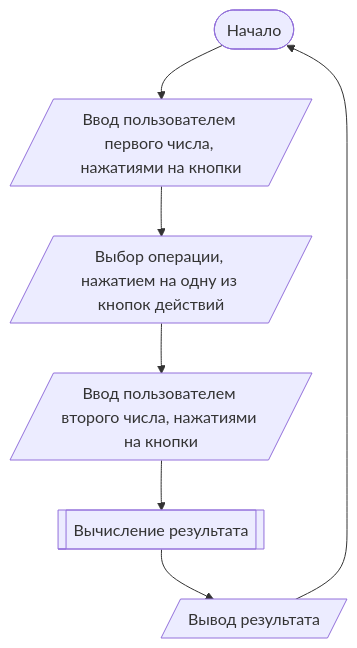
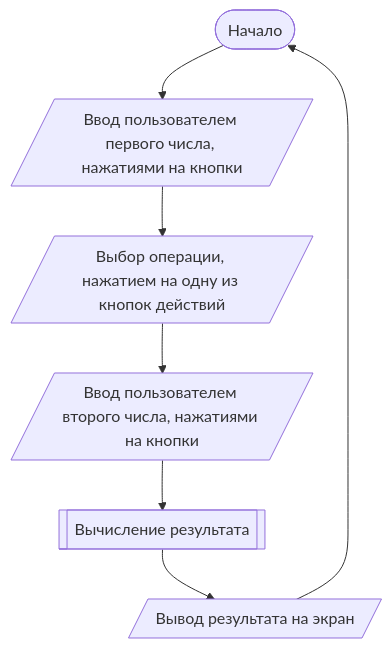
Before and after one commit to KirichenkoND/Application-11-14: the first of 2 diagrams in README.md, drawn with Mermaid.

````diff
--- a/README.md
+++ b/README.md
@@ -14,11 +14,11 @@
 ```mermaid
 flowchart TB
 node1([Начало]) -->
 node2[/Ввод пользователем первого числа, нажатиями на кнопки/] -->
 node3[/Выбор операции, нажатием на одну из кнопок действий/] -->
 node4[/Ввод пользователем второго числа, нажатиями на кнопки/] -->
 node5[[Вычисление результата]] -->
-node6[/Вывод результата/] -->
+node6[/Вывод результата на экран/] -->
 node1
 
 ```
````
